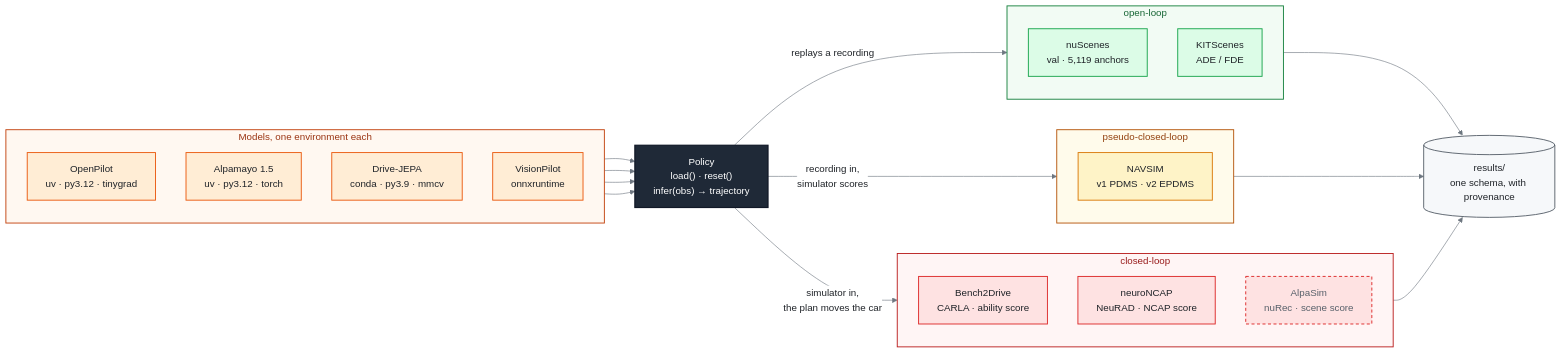
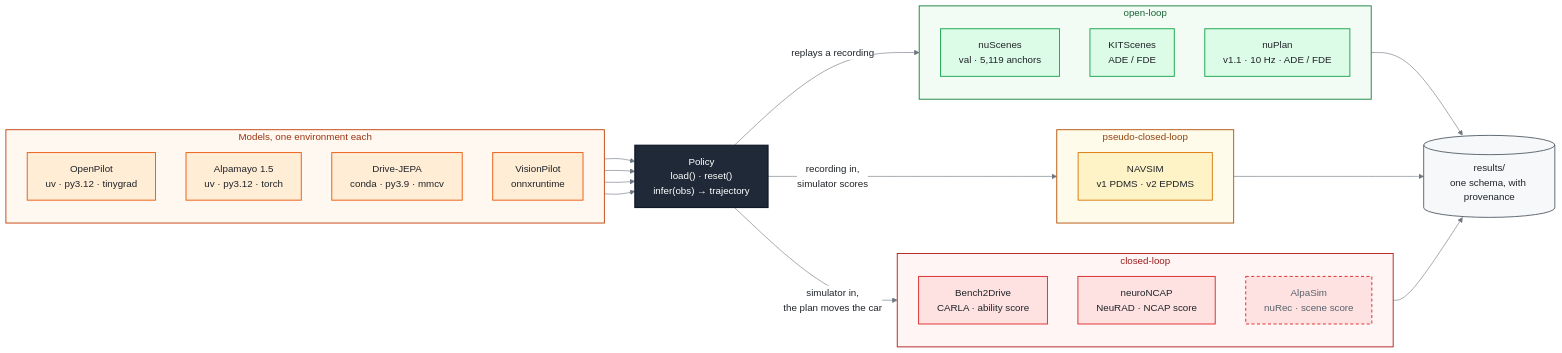
Before and after one commit to FastCodeAI/Paddock: the diagram in README.md, drawn with Mermaid. The commit also changed other lines of this file and 10 other files, not shown here.

````diff
--- a/README.md
+++ b/README.md
@@ -33,57 +33,58 @@
 ```mermaid
 %%{init: {"theme": "base", "themeVariables": {"primaryTextColor": "#1f2328", "lineColor": "#6e7781",
   "edgeLabelBackground": "#ffffff", "clusterBkg": "#ffffff", "clusterBorder": "#d0d7de"}}}%%
 flowchart LR
     subgraph models ["Models, one environment each"]
         direction TB
         op["OpenPilot<br/>uv · py3.12 · tinygrad"]
         al["Alpamayo 1.5<br/>uv · py3.12 · torch"]
         dj["Drive-JEPA<br/>conda · py3.9 · mmcv"]
         vp["VisionPilot<br/>onnxruntime"]
     end
 
     pol["Policy<br/>load() · reset()<br/>infer(obs) → trajectory"]
 
     subgraph open ["open-loop"]
         direction TB
         ns["nuScenes<br/>val · 5,119 anchors"]
         ks["KITScenes<br/>ADE / FDE"]
+        npl["nuPlan<br/>v1.1 · 10 Hz · ADE / FDE"]
     end
     subgraph pseudo ["pseudo-closed-loop"]
         nv["NAVSIM<br/>v1 PDMS · v2 EPDMS"]
     end
     subgraph closed ["closed-loop"]
         direction TB
         b2d["Bench2Drive<br/>CARLA · ability score"]
         nc["neuroNCAP<br/>NeuRAD · NCAP score"]
         alp["AlpaSim<br/>nuRec · scene score"]
     end
 
     res[("results/<br/>one schema, with provenance")]
 
     op & al & dj & vp --> pol
     pol -- "replays a recording" --> open
     pol -- "recording in,<br/>simulator scores" --> pseudo
     pol -- "simulator in,<br/>the plan moves the car" --> closed
     open & pseudo & closed --> res
 
     style models fill:#fff8f1,stroke:#c2410c,stroke-width:1.5px,color:#9a3412
     style open   fill:#f2fbf4,stroke:#15803d,stroke-width:1.5px,color:#166534
     style pseudo fill:#fffbeb,stroke:#b45309,stroke-width:1.5px,color:#92400e
     style closed fill:#fff5f5,stroke:#b91c1c,stroke-width:1.5px,color:#991b1b
 
     classDef model   fill:#ffedd5,stroke:#ea580c,stroke-width:1.5px,color:#1f2328
     classDef waist   fill:#1f2937,stroke:#111827,stroke-width:2px,color:#ffffff
     classDef ol      fill:#dcfce7,stroke:#16a34a,stroke-width:1.5px,color:#1f2328
     classDef pcl     fill:#fef3c7,stroke:#d97706,stroke-width:1.5px,color:#1f2328
     classDef cl      fill:#fee2e2,stroke:#dc2626,stroke-width:1.5px,color:#1f2328
     classDef planned stroke-dasharray:5 4,color:#57606a
     classDef store   fill:#f6f8fa,stroke:#57606a,stroke-width:1.5px,color:#1f2328
     class op,al,dj,vp model
     class pol waist
-    class ns,ks ol
+    class ns,ks,npl ol
     class nv pcl
     class b2d,nc,alp cl
     class alp planned
     class res store
 ```
````
